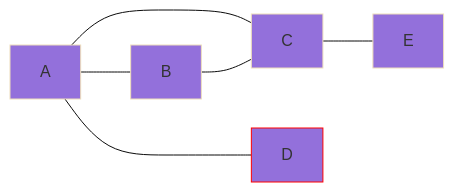
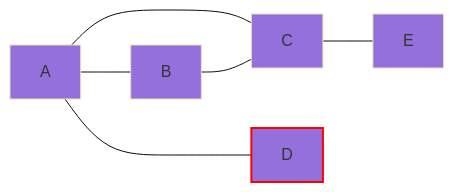
Diagram 14 of 15 in _posts/2024-06-02-BFS.md (leessang01/leessang01.github.io), drawn with Mermaid (base theme) before and after one commit. The commit also changed other lines of this file, not shown here.

````diff
--- a/_posts/2024-06-02-BFS.md
+++ b/_posts/2024-06-02-BFS.md
@@ -357,13 +370,13 @@
 ```mermaid
 graph LR
  A---B;
  A---C;
  A----D;
  B---C;
  C---E;
  style A fill:#9370DB
  style B fill:#9370DB
  style C fill:#9370DB
- style D fill:#9370DB, stroke:red
+ style D fill:#9370DB, stroke:red, stroke-width:2px
  style E fill:#9370DB
 ```
````
